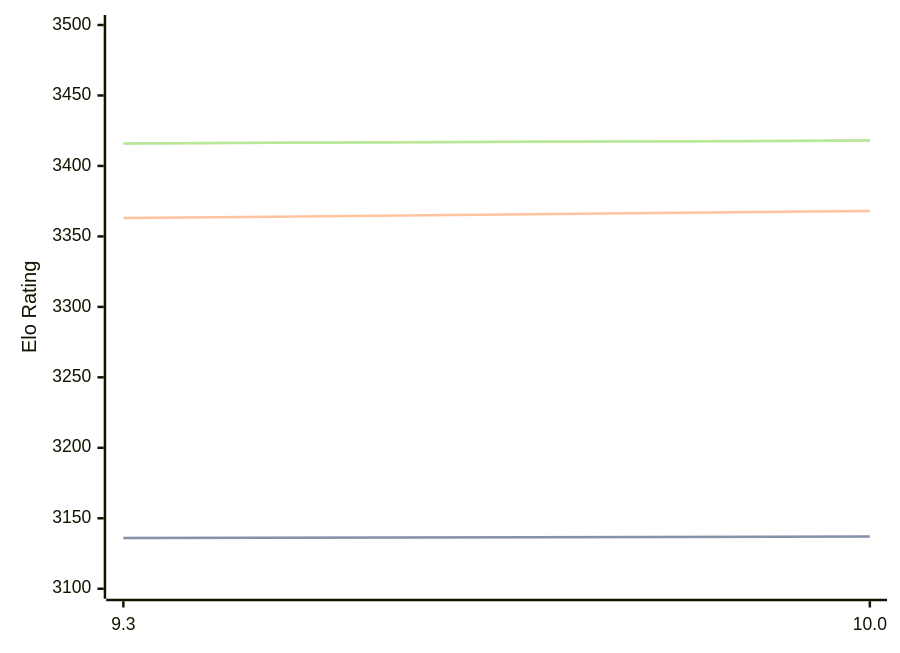
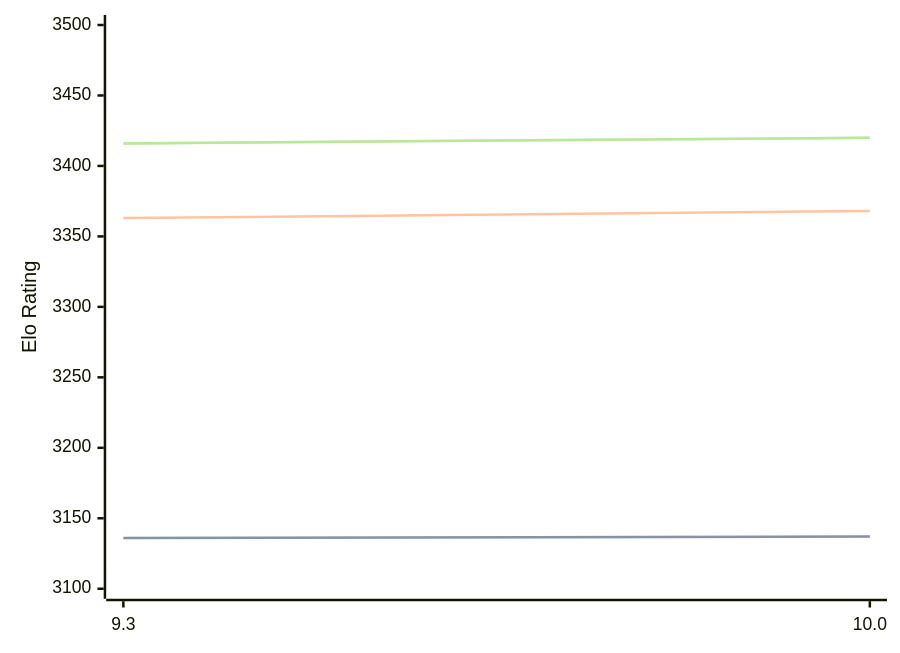
Before and after one commit to computer-chess-index/cci: the diagram in engines/Fire.md, drawn with Mermaid. The commit also changed other lines of this file, not shown here.

Commit message:
Update CCI Ratings (ELO VLTC) - 2026-08-16

````diff
--- a/engines/Fire.md
+++ b/engines/Fire.md
@@ -32,11 +32,11 @@
 ```mermaid
 %%{init: {"theme":"base","themeVariables":{"seriesColors:['#a3a3a3','#222221','#faa371']}}}%%
 xychart-beta
   x-axis ["9.3", "10.0"]
   y-axis "Elo Rating" 3100 --> 3500
   line "STC (8.0+0.08s)" [3136, 3137]
   line "STC (8.0+0.08s)" [3136, 3137]
   line "LTC (60.0+0.60s)" [3363, 3368]
-  line "VLTC (2m24s+1.12s)" [3416, 3418]
-  line "VLTC (2m24s+1.12s)" [3416, 3418]
+  line "VLTC (2m24s+1.12s)" [3416, 3420]
+  line "VLTC (2m24s+1.12s)" [3416, 3420]
 ```
````
